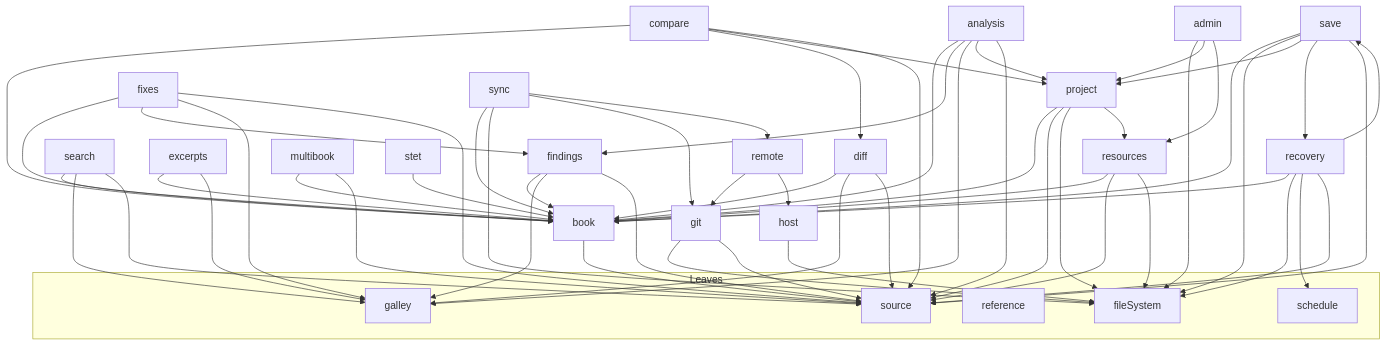
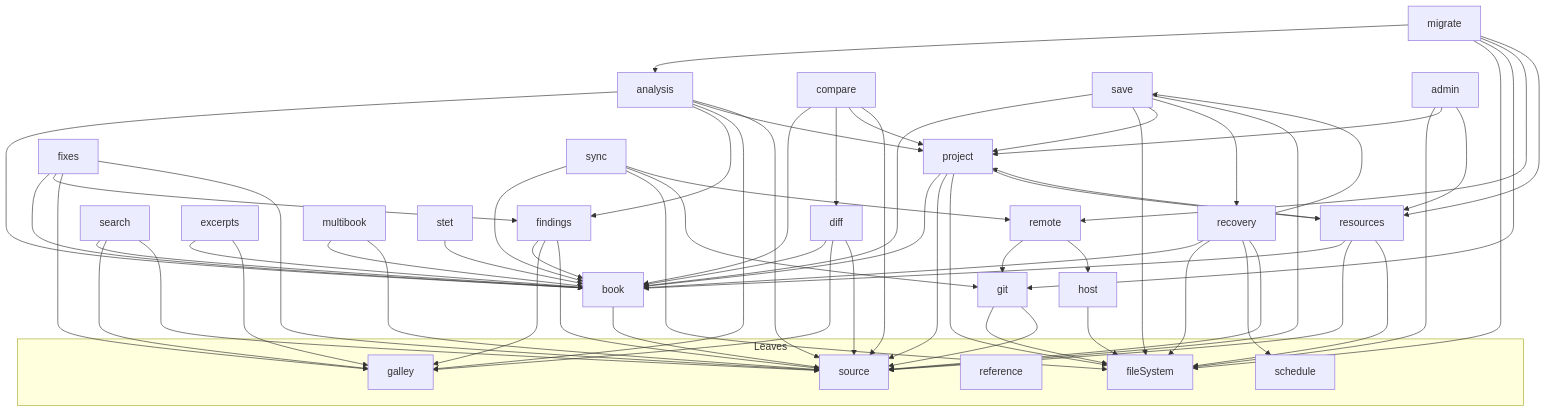
One commit to Bible-Translation-Tools/Sefer changed the diagram in documentation/services.md. Above: the diagram before and after it, drawn with Mermaid. The commit also changed other lines of this file and 4 other files, not shown here.

````diff
--- a/documentation/services.md
+++ b/documentation/services.md
@@ -18,29 +18,30 @@
 ```mermaid
 flowchart TB
   subgraph leaf [Leaves]
     source[source]
     fileSystem[fileSystem]
     reference[reference]
     schedule[schedule]
     galley[galley]
   end
   book[book] --> source
   project[project] --> book & source & fileSystem & resources
-  resources[resources] --> book & source & fileSystem
+  resources[resources] --> book & source & fileSystem & project
+  migrate[migrate] --> analysis & fileSystem & git & remote & resources
   findings[findings] --> book & galley & source
   analysis[analysis] --> book & findings & galley & project & source
   fixes[fixes] --> book & findings & galley & source
   search[search] --> book & galley & source
   excerpts[excerpts] --> book & galley
   diff[diff] --> book & galley & source
   compare[compare] --> book & diff & project & source
   multibook[multibook] --> book & source
   stet[stet] --> book
   save[save] --> book & fileSystem & project & recovery & source
   recovery[recovery] --> book & fileSystem & save & schedule & source
   git[git] --> fileSystem & source
   remote[remote] --> git & host
   sync[sync] --> book & fileSystem & git & remote
   admin[admin] --> fileSystem & project & resources
   host[host] --> fileSystem
 ```
````
